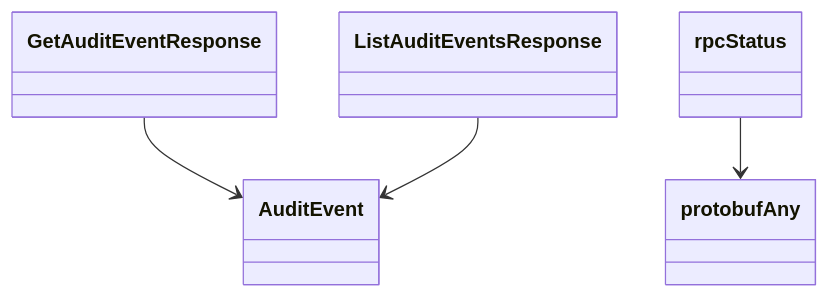
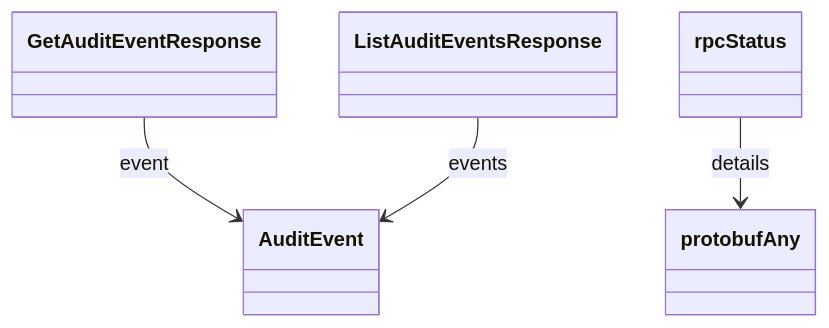
The eighth of 8 diagrams in docs/sphinx/services/audit.md (alexdearaujo/community_sdk_python), drawn with Mermaid before and after one commit. The commit also changed other lines of this file and 129 other files, not shown here.

````diff
--- a/docs/sphinx/services/audit.md
+++ b/docs/sphinx/services/audit.md
@@ -265,11 +286,11 @@
 ```mermaid
 classDiagram
     class AuditEvent
     class GetAuditEventResponse
     class ListAuditEventsResponse
     class protobufAny
     class rpcStatus
-    GetAuditEventResponse --> AuditEvent
-    ListAuditEventsResponse --> AuditEvent
-    rpcStatus --> protobufAny
+    GetAuditEventResponse --> AuditEvent : event
+    ListAuditEventsResponse --> AuditEvent : events
+    rpcStatus --> protobufAny : details
 ```
````
